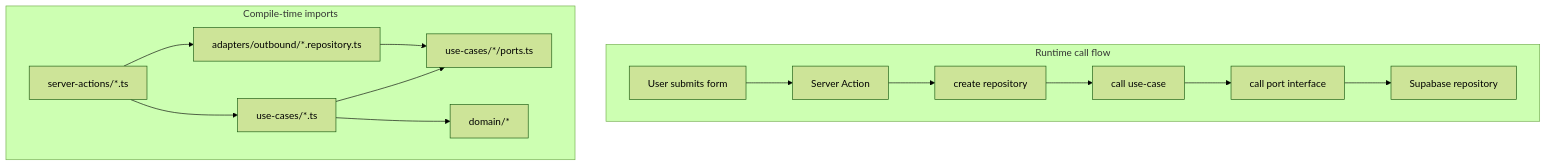
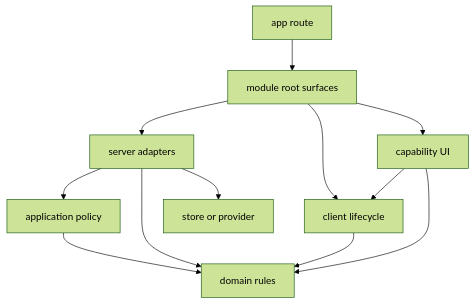
The second of 3 diagrams in docs/architecture-contract.md (clicktronix/nextjs-clean-skills), drawn with Mermaid (forest theme) before and after one commit. The commit also changed other lines of this file and 1394 other files, not shown here.

Commit message:
Adopt capability-first architecture (#11)

````diff
--- a/docs/architecture-contract.md
+++ b/docs/architecture-contract.md
@@ -101,18 +114,25 @@
 ```mermaid
 flowchart TB
-  subgraph Runtime["Runtime call flow"]
-    Form["User submits form"] --> Action["Server Action"]
-    Action --> BuildRepo["create repository"]
-    BuildRepo --> UseCase["call use-case"]
-    UseCase --> Port["call port interface"]
-    Port --> Repo["Supabase repository"]
-  end
+  accTitle: Capability dependency direction
+  accDescr: Framework entrypoints consume public capability surfaces; private server and client adapters depend inward on application and domain policy.
+  App["app route"]
+  Public["module root surfaces"]
+  Server["server adapters"]
+  Client["client lifecycle"]
+  UI["capability UI"]
+  Application["application policy"]
+  Domain["domain rules"]
+  External["store or provider"]
 
-  subgraph CompileTime["Compile-time imports"]
-    ActionFile["server-actions/*.ts"] --> UseCaseFile["use-cases/*.ts"]
-    ActionFile --> RepoFile["adapters/outbound/*.repository.ts"]
-    RepoFile --> PortFile["use-cases/*/ports.ts"]
-    UseCaseFile --> PortFile
-    UseCaseFile --> DomainFile["domain/*"]
-  end
+  App --> Public
+  Public --> Server
+  Public --> Client
+  Public --> UI
+  Server --> Application
+  Server --> Domain
+  Server --> External
+  Client --> Domain
+  UI --> Client
+  UI --> Domain
+  Application --> Domain
 ```
````
